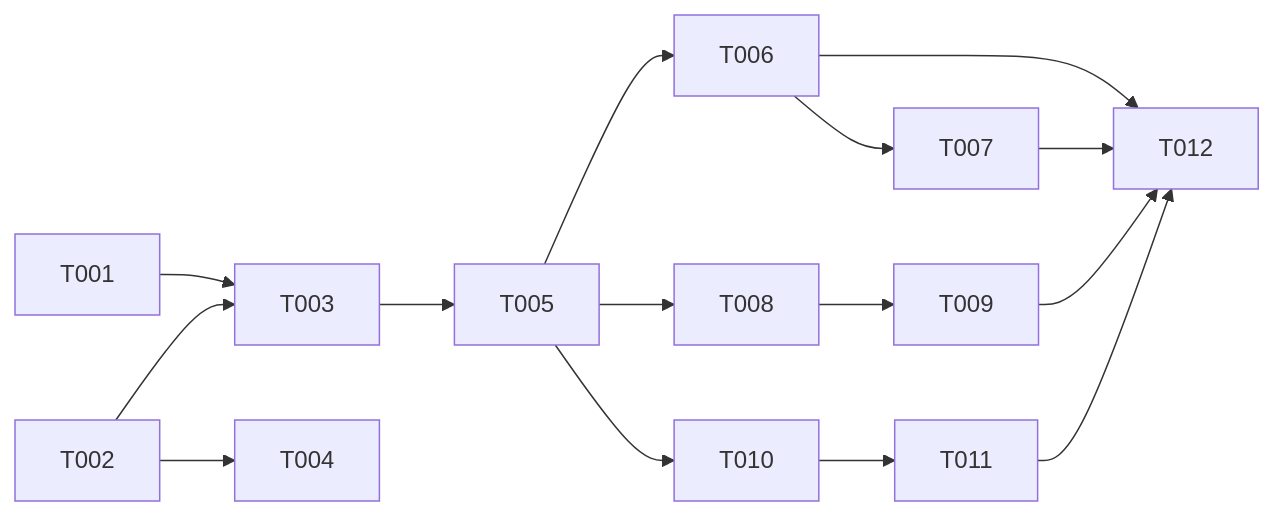
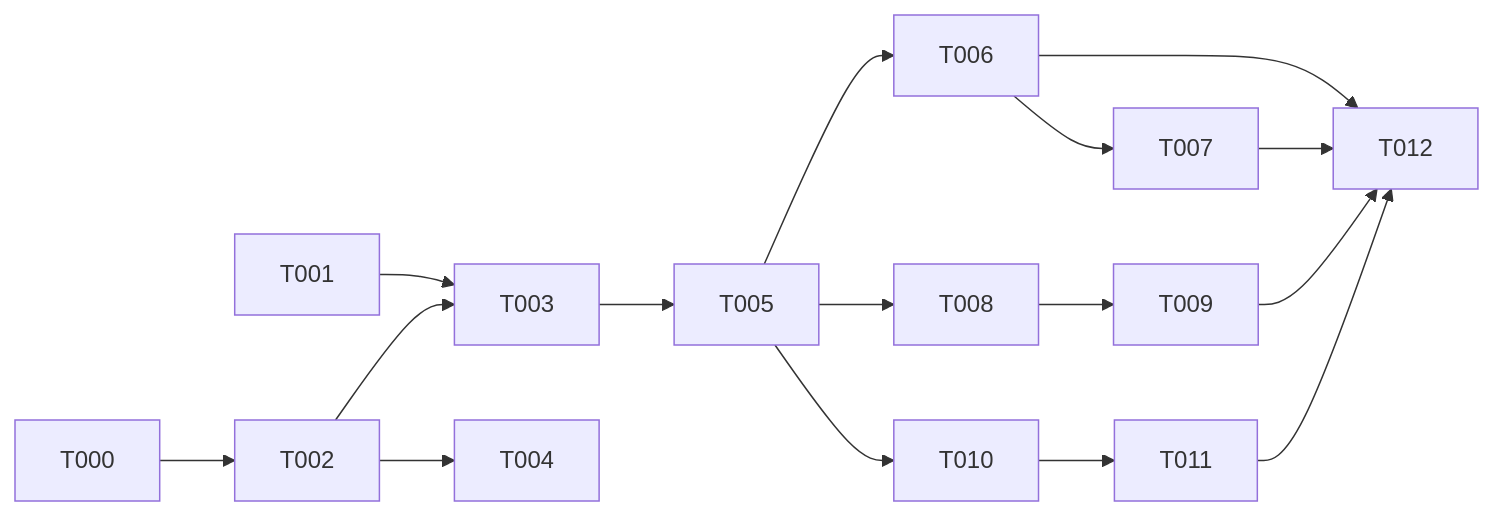
One commit to UnderUndre/undrecreaitwins changed the diagram in specs/017-language-guard-validator/tasks.md. Above: the diagram before and after it, drawn with Mermaid. The commit also changed other lines of this file and 7 other files, not shown here.

````diff
--- a/specs/017-language-guard-validator/tasks.md
+++ b/specs/017-language-guard-validator/tasks.md
@@ -182,17 +192,18 @@
 ```mermaid
 graph LR
+    T000 --> T002
     T001 --> T003
     T002 --> T003
     T002 --> T004
     T003 --> T005
     T005 --> T006
     T005 --> T008
     T005 --> T010
     T006 --> T007
     T008 --> T009
     T010 --> T011
     T006 --> T012
     T007 --> T012
     T009 --> T012
     T011 --> T012
 ```
````
